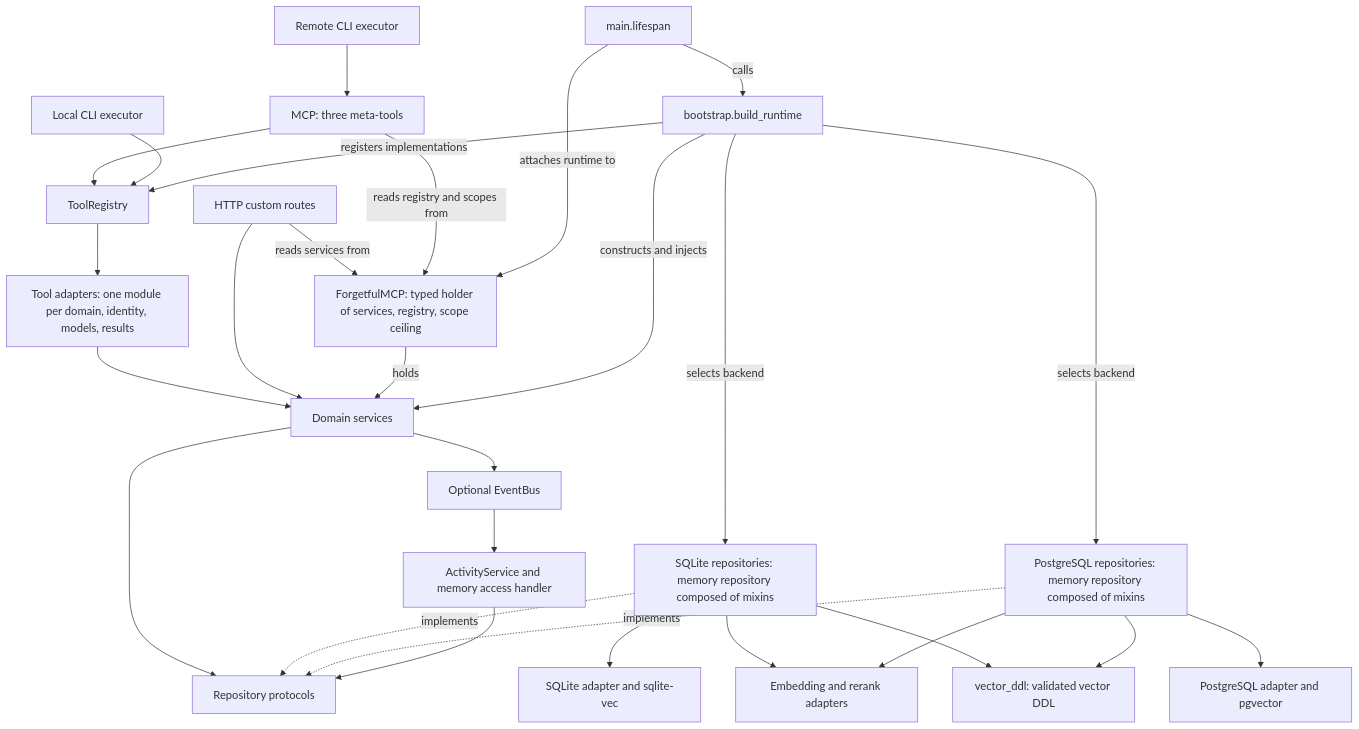
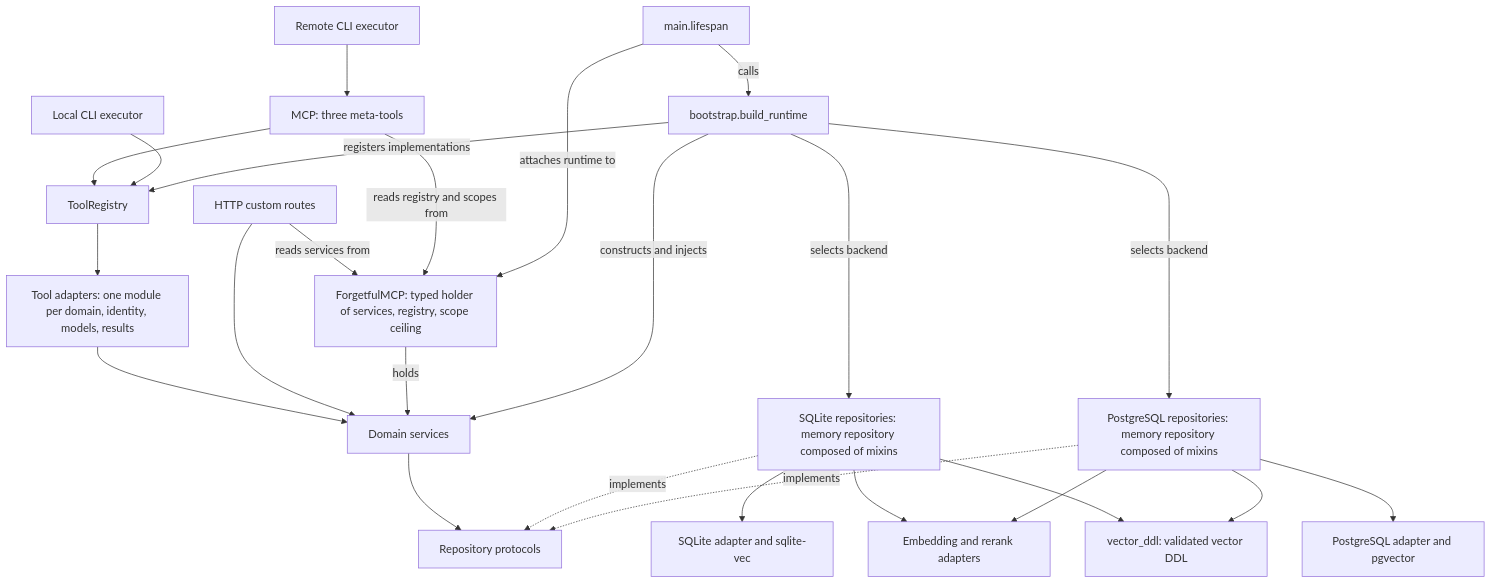
One commit to Axiumine/axmem changed the diagram in architecture.md. Above: the diagram before and after it, drawn with Mermaid. The commit also changed other lines of this file and 102 other files, not shown here.

First line of the commit message:
🤖 refactor(activity): remove the activity bus and stream

````diff
--- a/architecture.md
+++ b/architecture.md
@@ -20,31 +20,28 @@
 ```mermaid
 flowchart TD
     MCP["MCP: three meta-tools"] --> Registry["ToolRegistry"]
     Local["Local CLI executor"] --> Registry
     Remote["Remote CLI executor"] --> MCP
     Registry --> ToolAdapters["Tool adapters: one module per domain, identity, models, results"]
     ToolAdapters --> Services["Domain services"]
     HTTP["HTTP custom routes"] --> Services
     Server["ForgetfulMCP: typed holder of services, registry, scope ceiling"]
     HTTP -->|reads services from| Server
     MCP -->|reads registry and scopes from| Server
     Server -->|holds| Services
     Services --> Contracts["Repository protocols"]
     SQLite["SQLite repositories: memory repository composed of mixins"] -. implements .-> Contracts
     Postgres["PostgreSQL repositories: memory repository composed of mixins"] -. implements .-> Contracts
     SQLite --> SQLiteDB["SQLite adapter and sqlite-vec"]
     Postgres --> PostgresDB["PostgreSQL adapter and pgvector"]
     SQLite --> Providers["Embedding and rerank adapters"]
     Postgres --> Providers
     SQLite --> VectorDDL["vector_ddl: validated vector DDL"]
     Postgres --> VectorDDL
-    Services --> Events["Optional EventBus"]
-    Events --> Activity["ActivityService and memory access handler"]
-    Activity --> Contracts
     Lifespan["main.lifespan"] -->|calls| Bootstrap["bootstrap.build_runtime"]
     Lifespan -->|attaches runtime to| Server
     Bootstrap -->|constructs and injects| Services
     Bootstrap -->|registers implementations| Registry
     Bootstrap -->|selects backend| SQLite
     Bootstrap -->|selects backend| Postgres
 ```
````
